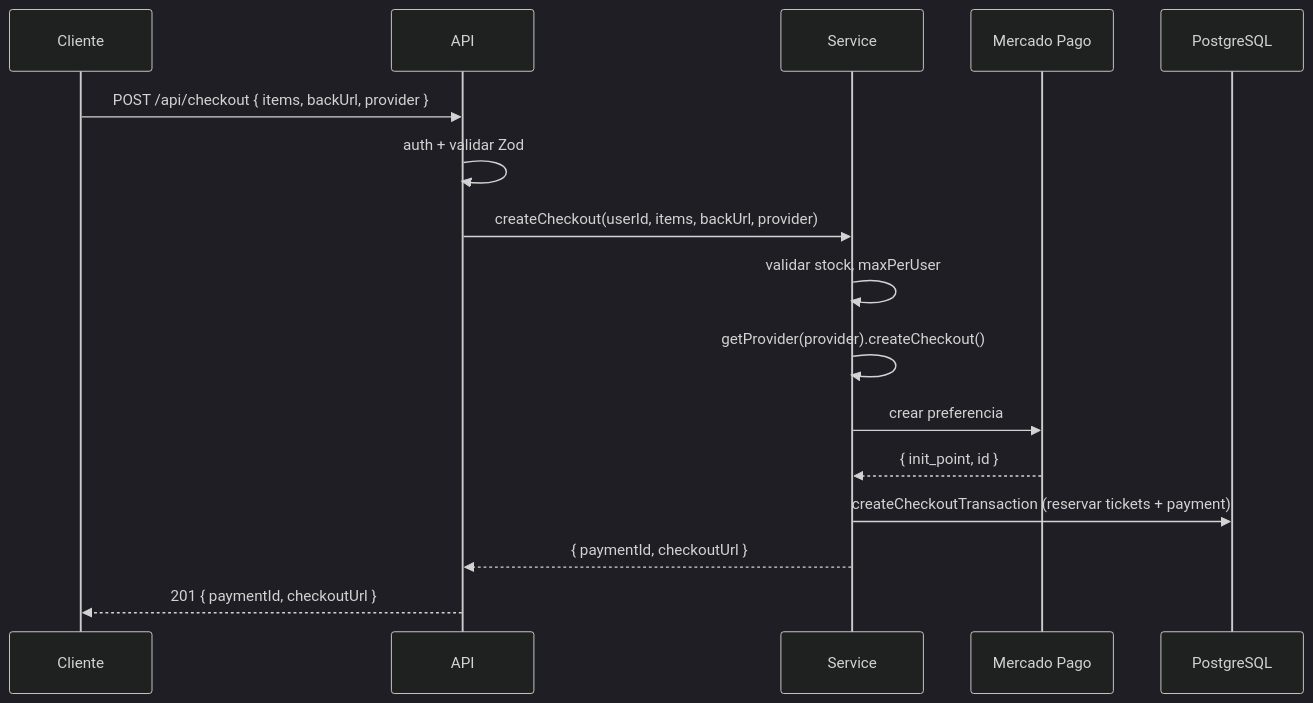
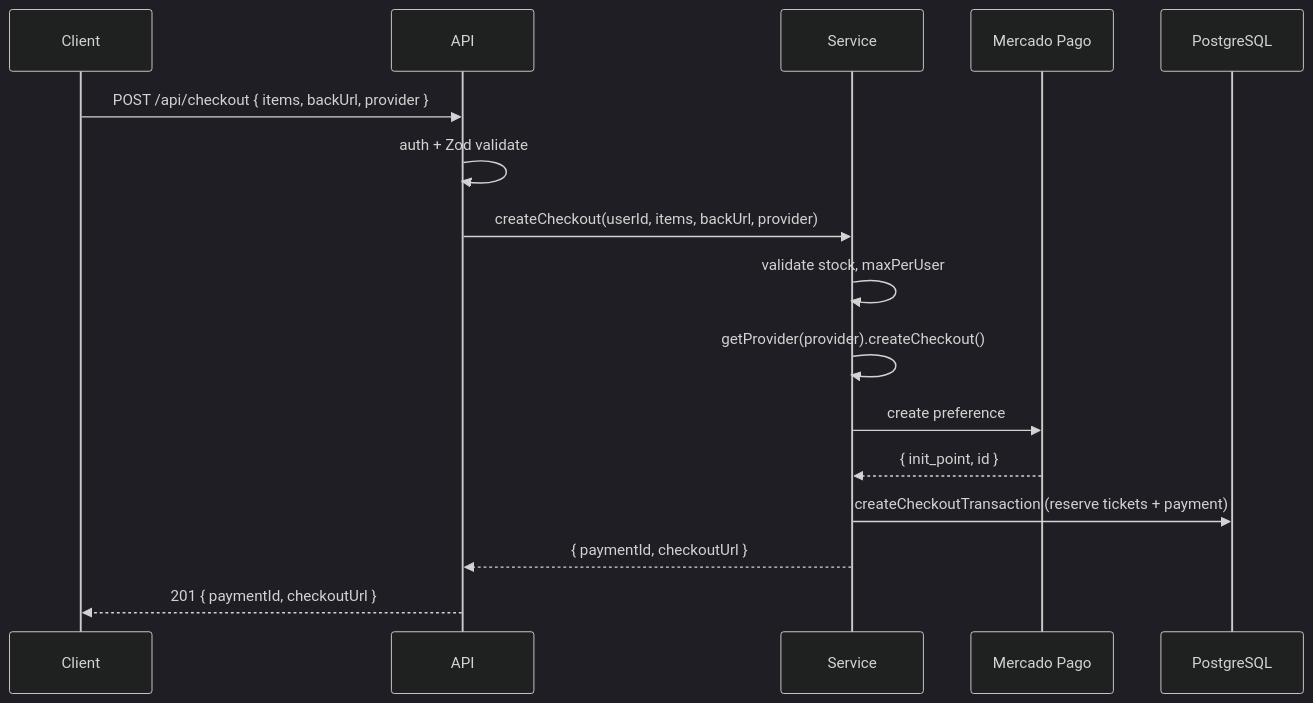
The first of 2 diagrams in backend/src/modules/payments/README.md (User281167/venta-de-tickets), drawn with Mermaid (dark theme) before and after one commit. The commit also changed other lines of this file and 5 other files, not shown here.

````diff
--- a/backend/src/modules/payments/README.md
+++ b/backend/src/modules/payments/README.md
@@ -27,19 +31,19 @@
 ```mermaid
 sequenceDiagram
-    participant C as Cliente
+    participant C as Client
     participant API as API
     participant S as Service
     participant MP as Mercado Pago
     participant DB as PostgreSQL
 
     C->>API: POST /api/checkout { items, backUrl, provider }
-    API->>API: auth + validar Zod
+    API->>API: auth + Zod validate
     API->>S: createCheckout(userId, items, backUrl, provider)
-    S->>S: validar stock, maxPerUser
+    S->>S: validate stock, maxPerUser
     S->>S: getProvider(provider).createCheckout()
-    S->>MP: crear preferencia
+    S->>MP: create preference
     MP-->>S: { init_point, id }
-    S->>DB: createCheckoutTransaction (reservar tickets + payment)
+    S->>DB: createCheckoutTransaction (reserve tickets + payment)
     S-->>API: { paymentId, checkoutUrl }
     API-->>C: 201 { paymentId, checkoutUrl }
 ```
````
